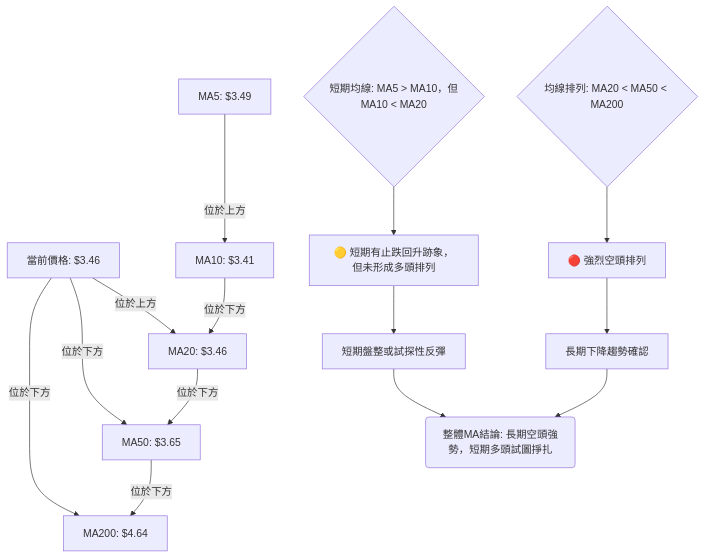
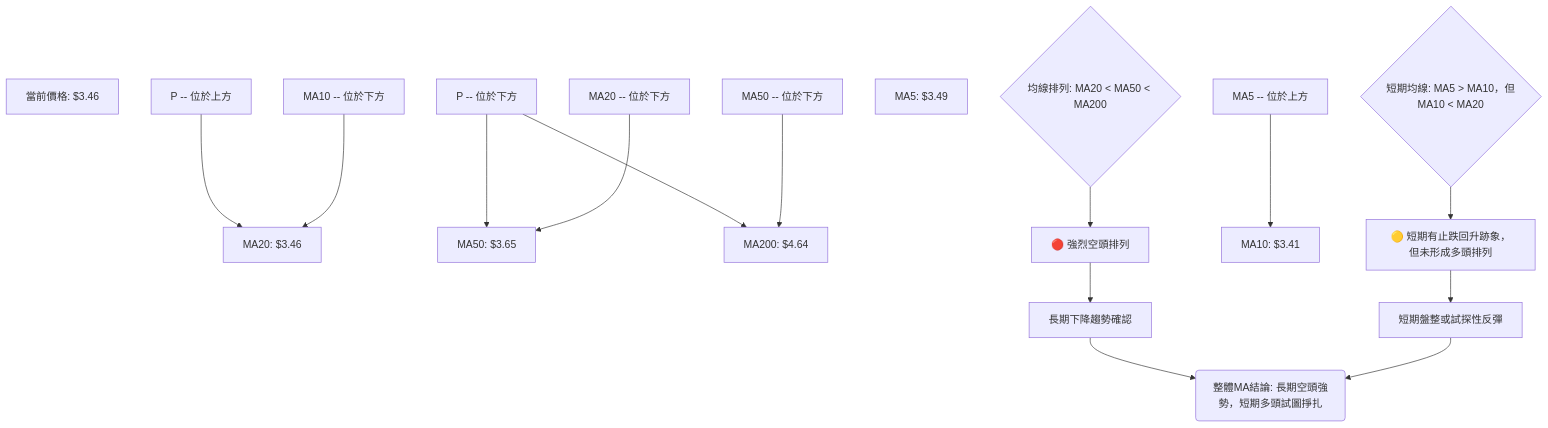
Before and after one commit to yennanliu/finance_data: the seventh of 8 diagrams in ai_gen_report/stock/grab/technical_analysis_2026-06-24_gemini.md, drawn with Mermaid. The commit also changed other lines of this file and 2258 other files, not shown here.

First line of the commit message:
chore: backfill Mermaid syntax repair across existing reports

````diff
--- a/ai_gen_report/stock/grab/technical_analysis_2026-06-24_gemini.md
+++ b/ai_gen_report/stock/grab/technical_analysis_2026-06-24_gemini.md
@@ -421,29 +421,29 @@
 ```mermaid
 graph TD
-    P[當前價格: $3.46]
+    P["當前價格: $3.46"]
 
-    MA20[MA20: $3.46]
-    MA50[MA50: $3.65]
-    MA200[MA200: $4.64]
+    MA20["MA20: $3.46"]
+    MA50["MA50: $3.65"]
+    MA200["MA200: $4.64"]
 
-    P -- 位於上方 --> MA20
-    P -- 位於下方 --> MA50
-    P -- 位於下方 --> MA200
+    nb1["P -- 位於上方"] --> MA20
+    nb2["P -- 位於下方"] --> MA50
+    nb2["P -- 位於下方"] --> MA200
 
-    MA20 -- 位於下方 --> MA50
-    MA50 -- 位於下方 --> MA200
+    nb3["MA20 -- 位於下方"] --> MA50
+    nb4["MA50 -- 位於下方"] --> MA200
 
     MA_ORDER{"均線排列: MA20 < MA50 < MA200"} --> BEAR_SIGNAL["🔴 強烈空頭排列"]
     BEAR_SIGNAL --> LONG_TERM_DOWN["長期下降趨勢確認"]
 
-    MA5[MA5: $3.49]
-    MA10[MA10: $3.41]
-    MA5 -- 位於上方 --> MA10
-    MA10 -- 位於下方 --> MA20
+    MA5["MA5: $3.49"]
+    MA10["MA10: $3.41"]
+    nb5["MA5 -- 位於上方"] --> MA10
+    nb6["MA10 -- 位於下方"] --> MA20
 
     SHORT_TERM_ORDER{"短期均線: MA5 > MA10，但MA10 < MA20"} --> MIXED_SIGNAL["🟡 短期有止跌回升跡象，但未形成多頭排列"]
     MIXED_SIGNAL --> CONSOLIDATION["短期盤整或試探性反彈"]
 
     LONG_TERM_DOWN --> OVERALL_MA_CONCLUSION("整體MA結論: 長期空頭強勢，短期多頭試圖掙扎")
     CONSOLIDATION --> OVERALL_MA_CONCLUSION
 ```
````
